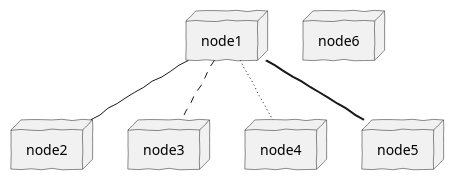
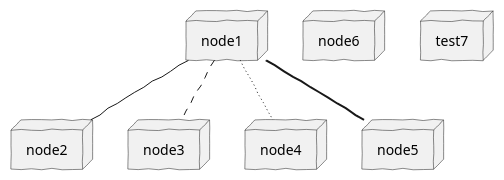
Before and after one commit to HugoFernandes2343/LAPR4_2017-2018: the diagram in net.puml, drawn with PlantUML. The commit also changed 5 other files, not shown here.

Commit message:
Added plantuml support in maven.

```diff
--- a/net.puml
+++ b/net.puml
@@ -1,19 +1,20 @@
 @startuml net.png
 skinparam handwritten true
 skinparam monochrome true
 skinparam packageStyle rect
 skinparam defaultFontName FG Virgil
 skinparam shadowing false
 
 node node1
 node node2
 node node3
 node node4
 node node5
 node node6
+node test7
 node1 -- node2
 node1 .. node3
 node1 ~~ node4
 node1 == node5
 
 @enduml
```
